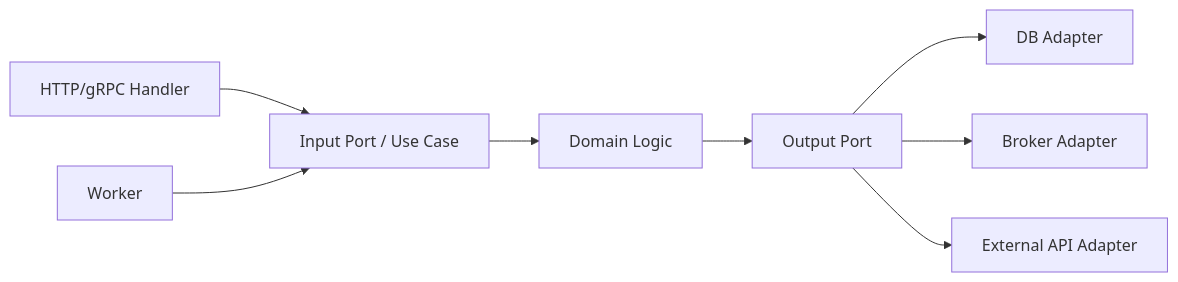
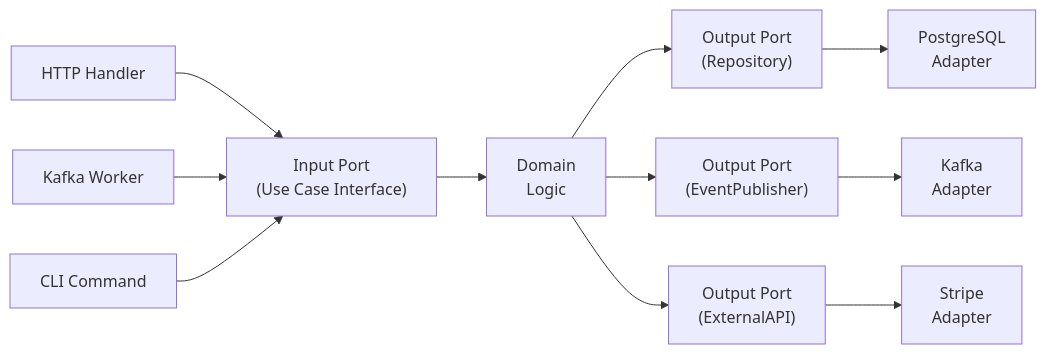
Before and after one commit to fev0ks/LearnGoLang: the first of 3 diagrams in docs/senior-golang-study/04-architecture-and-patterns/patterns/02-architecture-patterns.md, drawn with Mermaid. The commit also changed other lines of this file and 10 other files, not shown here.

Commit message:
Refactor 04-architecture-and-patterns: add diagrams, tables, new files

````diff
--- a/docs/senior-golang-study/04-architecture-and-patterns/patterns/02-architecture-patterns.md
+++ b/docs/senior-golang-study/04-architecture-and-patterns/patterns/02-architecture-patterns.md
@@ -55,10 +80,16 @@
 ```mermaid
 flowchart LR
-    HTTP["HTTP/gRPC Handler"] --> InPort["Input Port / Use Case"]
-    Worker["Worker"] --> InPort
-    InPort --> Domain["Domain Logic"]
-    Domain --> OutPort["Output Port"]
-    OutPort --> DB["DB Adapter"]
-    OutPort --> Broker["Broker Adapter"]
-    OutPort --> API["External API Adapter"]
+    HTTP["HTTP Handler"] --> InPort["Input Port\n(Use Case Interface)"]
+    Worker["Kafka Worker"] --> InPort
+    CLI["CLI Command"] --> InPort
+
+    InPort --> Core["Domain\nLogic"]
+
+    Core --> OutPort1["Output Port\n(Repository)"]
+    Core --> OutPort2["Output Port\n(EventPublisher)"]
+    Core --> OutPort3["Output Port\n(ExternalAPI)"]
+
+    OutPort1 --> DB["PostgreSQL\nAdapter"]
+    OutPort2 --> Broker["Kafka\nAdapter"]
+    OutPort3 --> Stripe["Stripe\nAdapter"]
 ```
````
